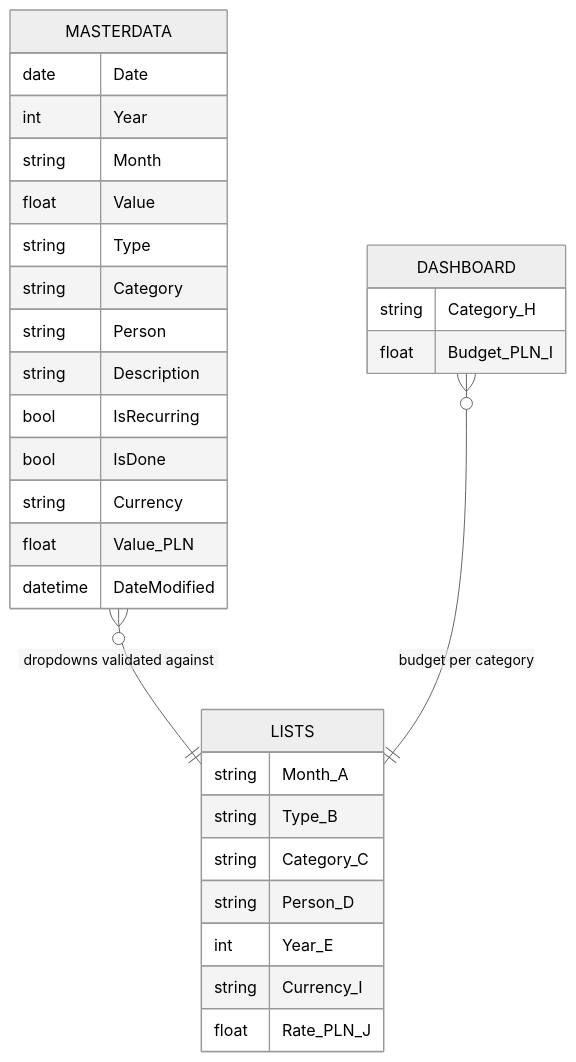
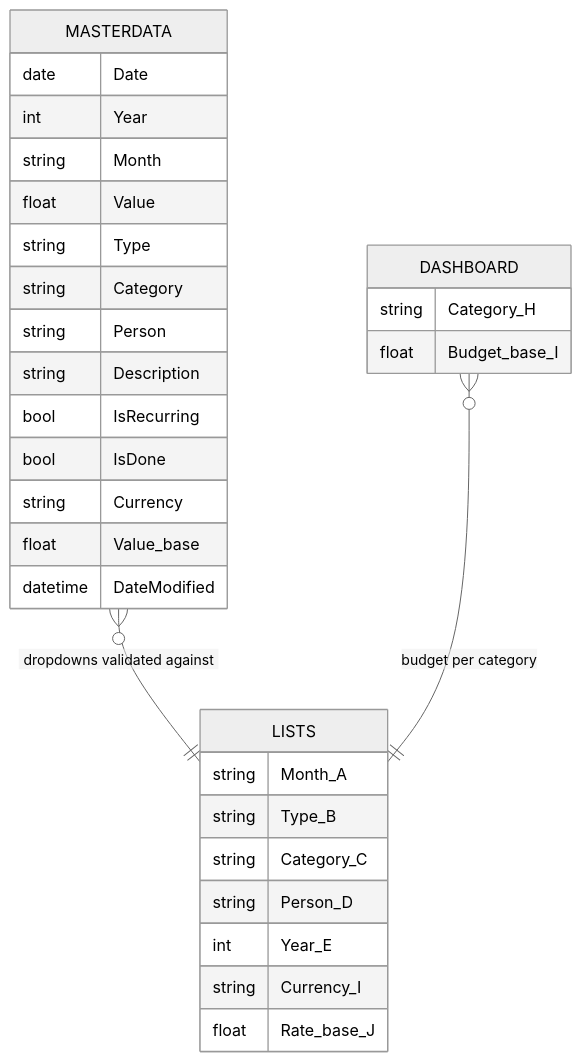
The second of 10 diagrams in docs/architecture.md (TeymurovFuad/family-budget-bot), drawn with Mermaid (neutral theme) before and after one commit. The commit also changed other lines of this file and 32 other files, not shown here.

````diff
--- a/docs/architecture.md
+++ b/docs/architecture.md
@@ -29,36 +29,36 @@
 ```mermaid
 erDiagram
     MASTERDATA {
         date     Date
         int      Year
         string   Month
         float    Value
         string   Type
         string   Category
         string   Person
         string   Description
         bool     IsRecurring
         bool     IsDone
         string   Currency
-        float    Value_PLN
+        float    Value_base
         datetime DateModified
     }
 
     LISTS {
         string   Month_A
         string   Type_B
         string   Category_C
         string   Person_D
         int      Year_E
         string   Currency_I
-        float    Rate_PLN_J
+        float    Rate_base_J
     }
 
     DASHBOARD {
         string   Category_H
-        float    Budget_PLN_I
+        float    Budget_base_I
     }
 
     MASTERDATA }o--|| LISTS : "dropdowns validated against"
     DASHBOARD }o--|| LISTS : "budget per category"
 ```
````
